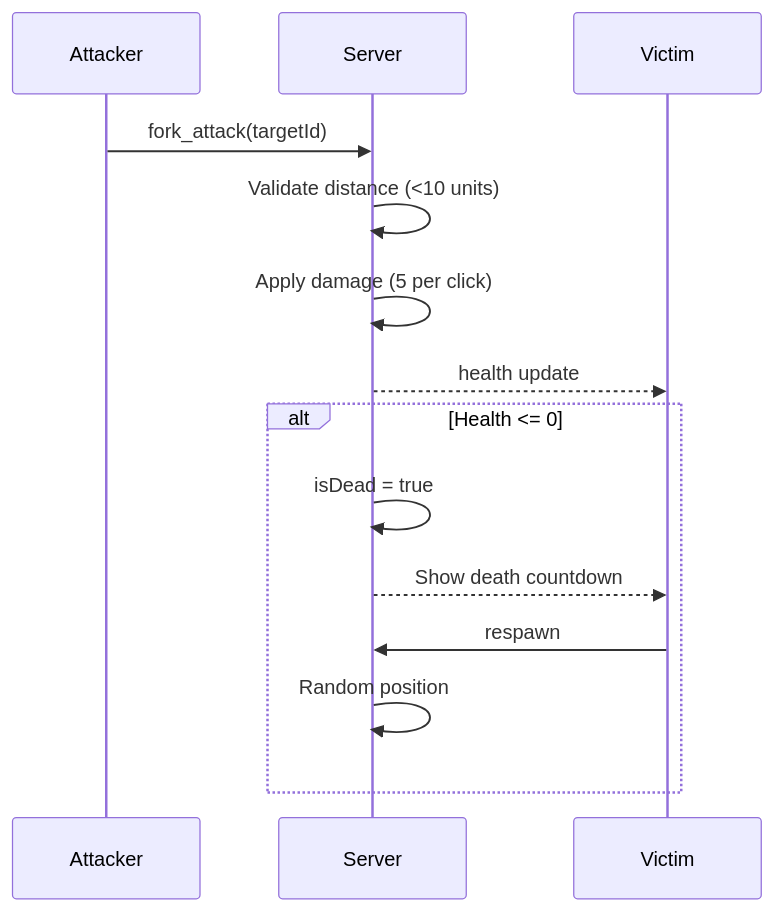
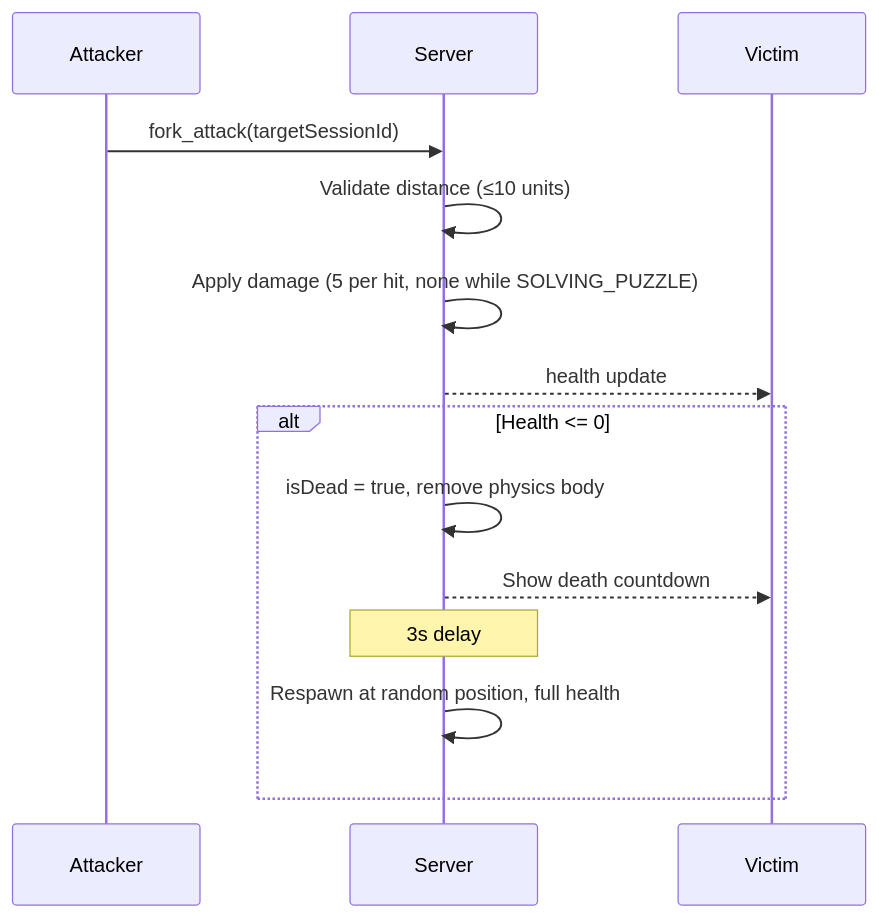
Before and after one commit to nguyenvanduocit/the-car-game: diagram 16 of 16 in docs/GAME_LOGIC.md, drawn with Mermaid. The commit also changed other lines of this file and 18 other files, not shown here.

````diff
--- a/docs/GAME_LOGIC.md
+++ b/docs/GAME_LOGIC.md
@@ -450,18 +487,18 @@
 ```mermaid
 sequenceDiagram
     participant A as Attacker
     participant S as Server
     participant V as Victim
 
-    A->>S: fork_attack(targetId)
-    S->>S: Validate distance (<10 units)
-    S->>S: Apply damage (5 per click)
+    A->>S: fork_attack(targetSessionId)
+    S->>S: Validate distance (≤10 units)
+    S->>S: Apply damage (5 per hit, none while SOLVING_PUZZLE)
     S-->>V: health update
 
     alt Health <= 0
-        S->>S: isDead = true
+        S->>S: isDead = true, remove physics body
         S-->>V: Show death countdown
-        V->>S: respawn
-        S->>S: Random position
+        Note over S: 3s delay
+        S->>S: Respawn at random position, full health
     end
 ```
````
